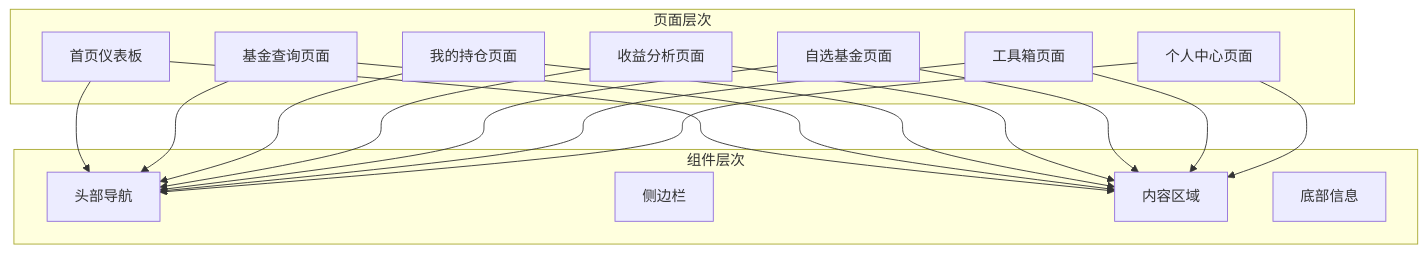
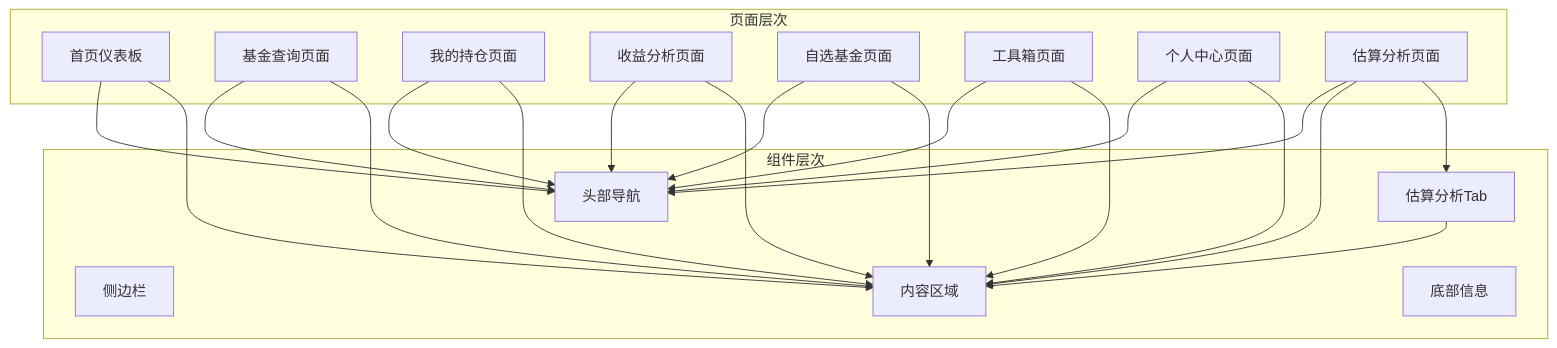
Diagram 25 of 28 in .qoder/repowiki/zh/content/核心功能开发/多源基金估值系统.md (gree-coder/fund-butler), drawn with Mermaid before and after one commit. The commit also changed other lines of this file and 15 other files, not shown here.

````diff
--- a/.qoder/repowiki/zh/content/核心功能开发/多源基金估值系统.md
+++ b/.qoder/repowiki/zh/content/核心功能开发/多源基金估值系统.md
@@ -871,32 +1055,38 @@
 ```mermaid
 graph TD
 subgraph "页面层次"
 Dashboard[首页仪表板]
 Fund[基金查询页面]
 Portfolio[我的持仓页面]
 Analysis[收益分析页面]
 Watchlist[自选基金页面]
 Tools[工具箱页面]
 Settings[个人中心页面]
+EstimateAnalysis[估算分析页面]
 end
 subgraph "组件层次"
 Header[头部导航]
 Sidebar[侧边栏]
 Content[内容区域]
 Footer[底部信息]
+EstimateAnalysisTab[估算分析Tab]
 end
 Dashboard --> Header
 Fund --> Header
 Portfolio --> Header
 Analysis --> Header
 Watchlist --> Header
 Tools --> Header
 Settings --> Header
+EstimateAnalysis --> Header
 Dashboard --> Content
 Fund --> Content
 Portfolio --> Content
 Analysis --> Content
 Watchlist --> Content
 Tools --> Content
 Settings --> Content
+EstimateAnalysis --> Content
+EstimateAnalysis --> EstimateAnalysisTab
+EstimateAnalysisTab --> Content
 ```
````
